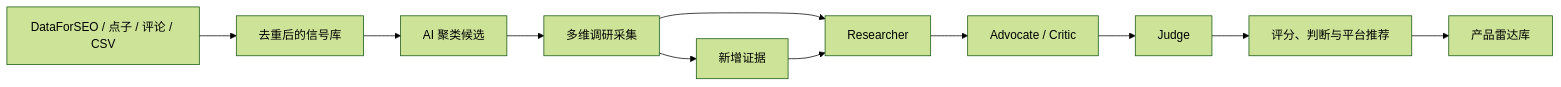
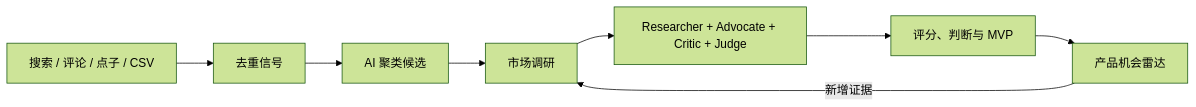
One commit to xiao131/product-radar changed the diagram in README.zh-CN.md. Above: the diagram before and after it, drawn with Mermaid (forest theme). The commit also changed other lines of this file and 28 other files, not shown here.

````diff
--- a/README.zh-CN.md
+++ b/README.zh-CN.md
@@ -107,13 +27,10 @@
 ```mermaid
 flowchart LR
-  A["DataForSEO / 点子 / 评论 / CSV"] --> B["去重后的信号库"]
+  A["搜索 / 评论 / 点子 / CSV"] --> B["去重信号"]
   B --> C["AI 聚类候选"]
-  C --> D["多维调研采集"]
-  D --> E["Researcher"]
-  E --> F["Advocate / Critic"]
-  F --> G["Judge"]
-  G --> H["评分、判断与平台推荐"]
-  H --> I["产品雷达库"]
-  D --> J["新增证据"]
-  J --> E
+  C --> D["市场调研"]
+  D --> E["Researcher + Advocate + Critic + Judge"]
+  E --> F["评分、判断与 MVP"]
+  F --> G["产品机会雷达"]
+  G -->|"新增证据"| D
 ```
````
